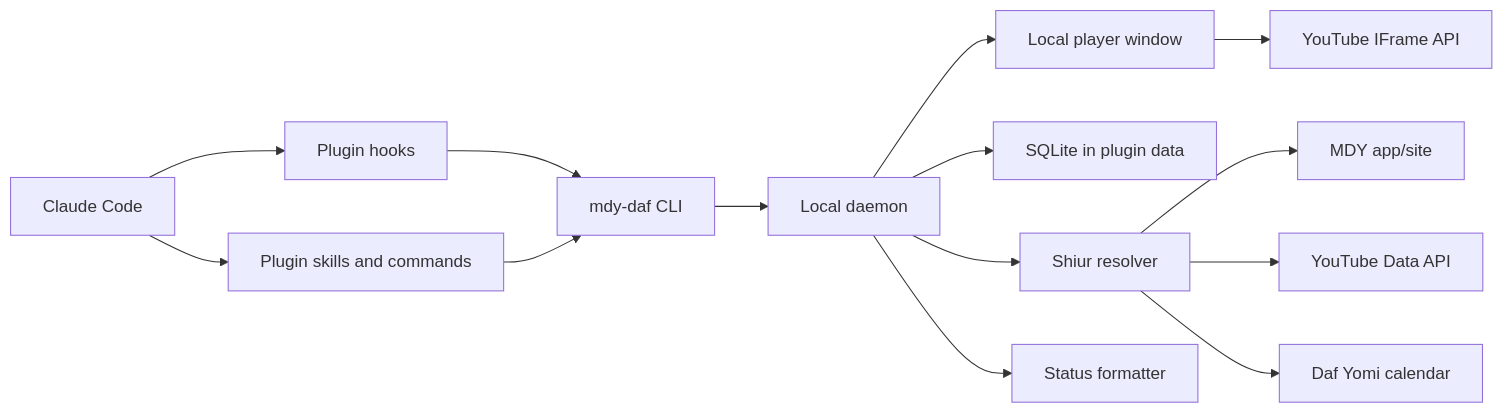
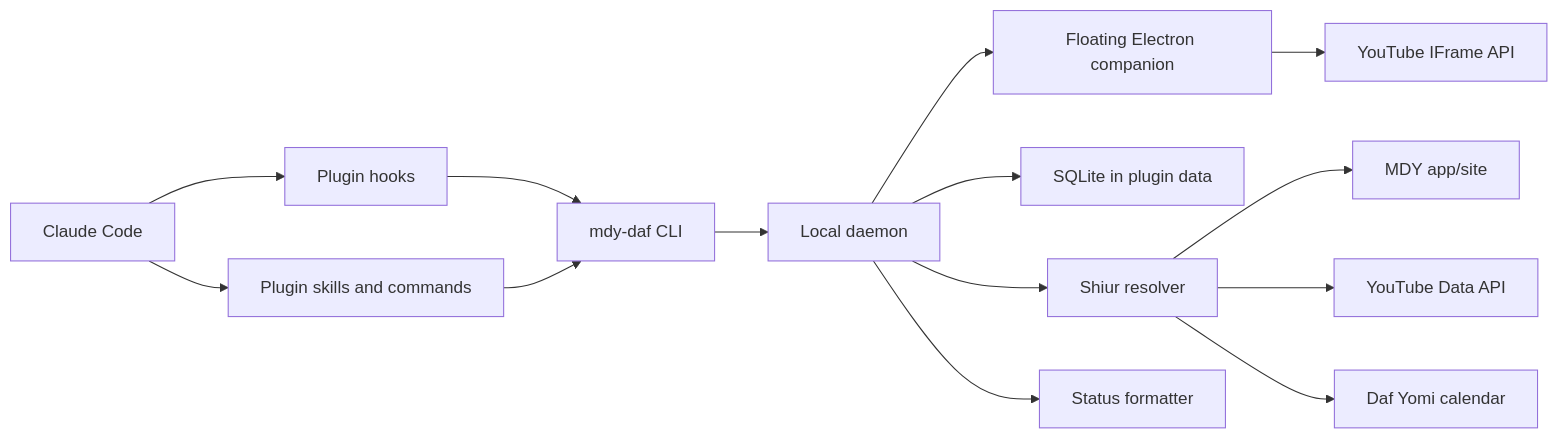
One commit to HershelT/mdy-daf-companion changed the diagram in docs/technical-architecture.md. Above: the diagram before and after it, drawn with Mermaid. The commit also changed other lines of this file and 38 other files, not shown here.

Commit message:
feat: add electron companion player

````diff
--- a/docs/technical-architecture.md
+++ b/docs/technical-architecture.md
@@ -7,16 +7,16 @@
 ```mermaid
 flowchart LR
   Claude["Claude Code"] --> Hooks["Plugin hooks"]
   Hooks --> CLI["mdy-daf CLI"]
   CLI --> Daemon["Local daemon"]
-  Daemon --> Player["Local player window"]
+  Daemon --> Player["Floating Electron companion"]
   Player --> YouTube["YouTube IFrame API"]
   Daemon --> DB["SQLite in plugin data"]
   Daemon --> Resolver["Shiur resolver"]
   Resolver --> MDY["MDY app/site"]
   Resolver --> YT["YouTube Data API"]
   Resolver --> Calendar["Daf Yomi calendar"]
   Claude --> Skills["Plugin skills and commands"]
   Skills --> CLI
   Daemon --> Status["Status formatter"]
 ```
````
